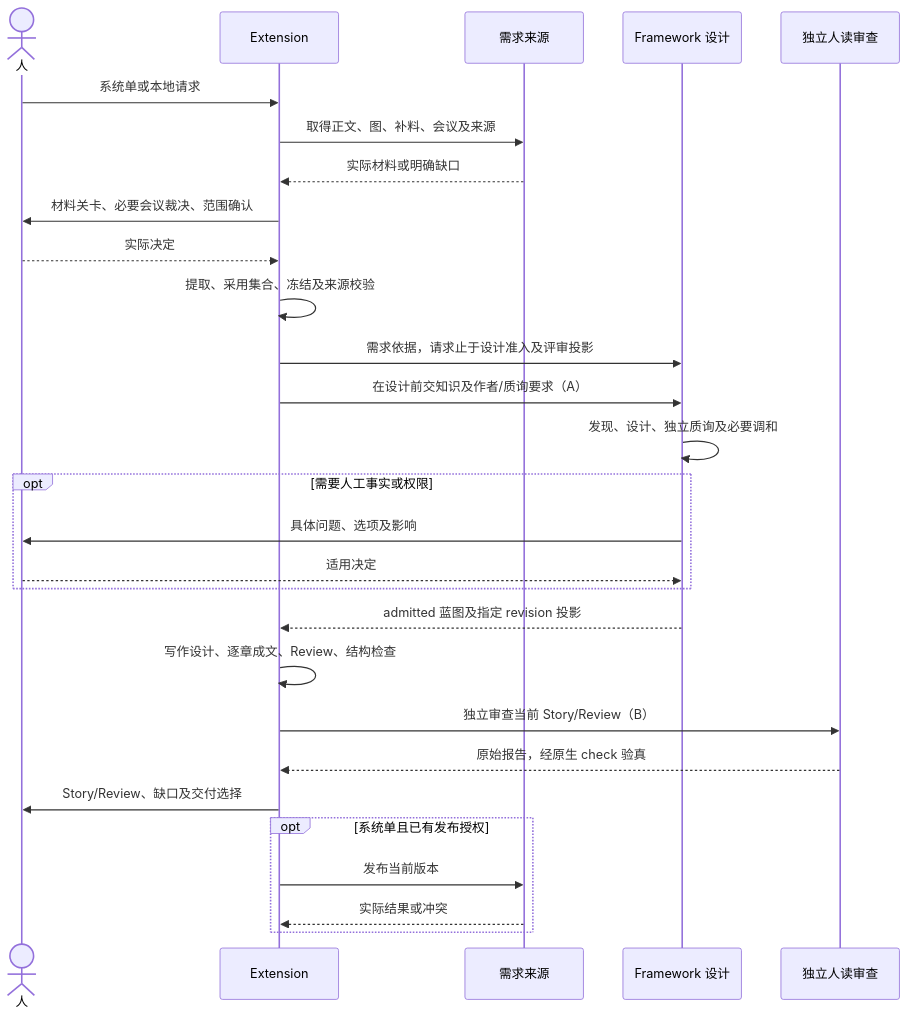
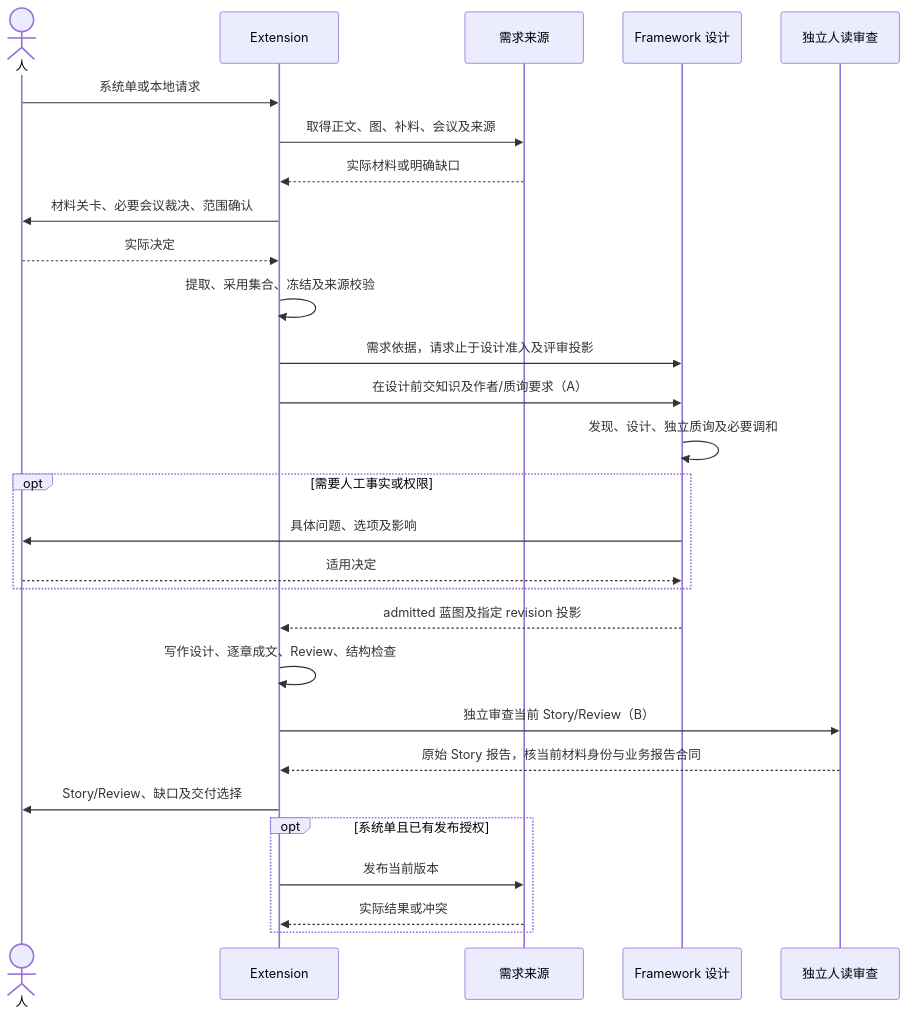
Before and after one commit to sqsqsq/SimulatedWalletForHmos: the second of 4 diagrams in doc/spec/2.0.0/04-交互时序对照.md, drawn with Mermaid. The commit also changed other lines of this file and 14 other files, not shown here.

````diff
--- a/doc/spec/2.0.0/04-交互时序对照.md
+++ b/doc/spec/2.0.0/04-交互时序对照.md
@@ -53,30 +53,30 @@
 ```mermaid
 sequenceDiagram
     actor U as 人
     participant E as Extension
     participant S as 需求来源
     participant F as Framework 设计
     participant V as 独立人读审查
     U->>E: 系统单或本地请求
     E->>S: 取得正文、图、补料、会议及来源
     S-->>E: 实际材料或明确缺口
     E->>U: 材料关卡、必要会议裁决、范围确认
     U-->>E: 实际决定
     E->>E: 提取、采用集合、冻结及来源校验
     E->>F: 需求依据，请求止于设计准入及评审投影
     E->>F: 在设计前交知识及作者/质询要求（A）
     F->>F: 发现、设计、独立质询及必要调和
     opt 需要人工事实或权限
         F->>U: 具体问题、选项及影响
         U-->>F: 适用决定
     end
     F-->>E: admitted 蓝图及指定 revision 投影
     E->>E: 写作设计、逐章成文、Review、结构检查
     E->>V: 独立审查当前 Story/Review（B）
-    V-->>E: 原始报告，经原生 check 验真
+    V-->>E: 原始 Story 报告，核当前材料身份与业务报告合同
     E->>U: Story/Review、缺口及交付选择
     opt 系统单且已有发布授权
         E->>S: 发布当前版本
         S-->>E: 实际结果或冲突
     end
 ```
````
